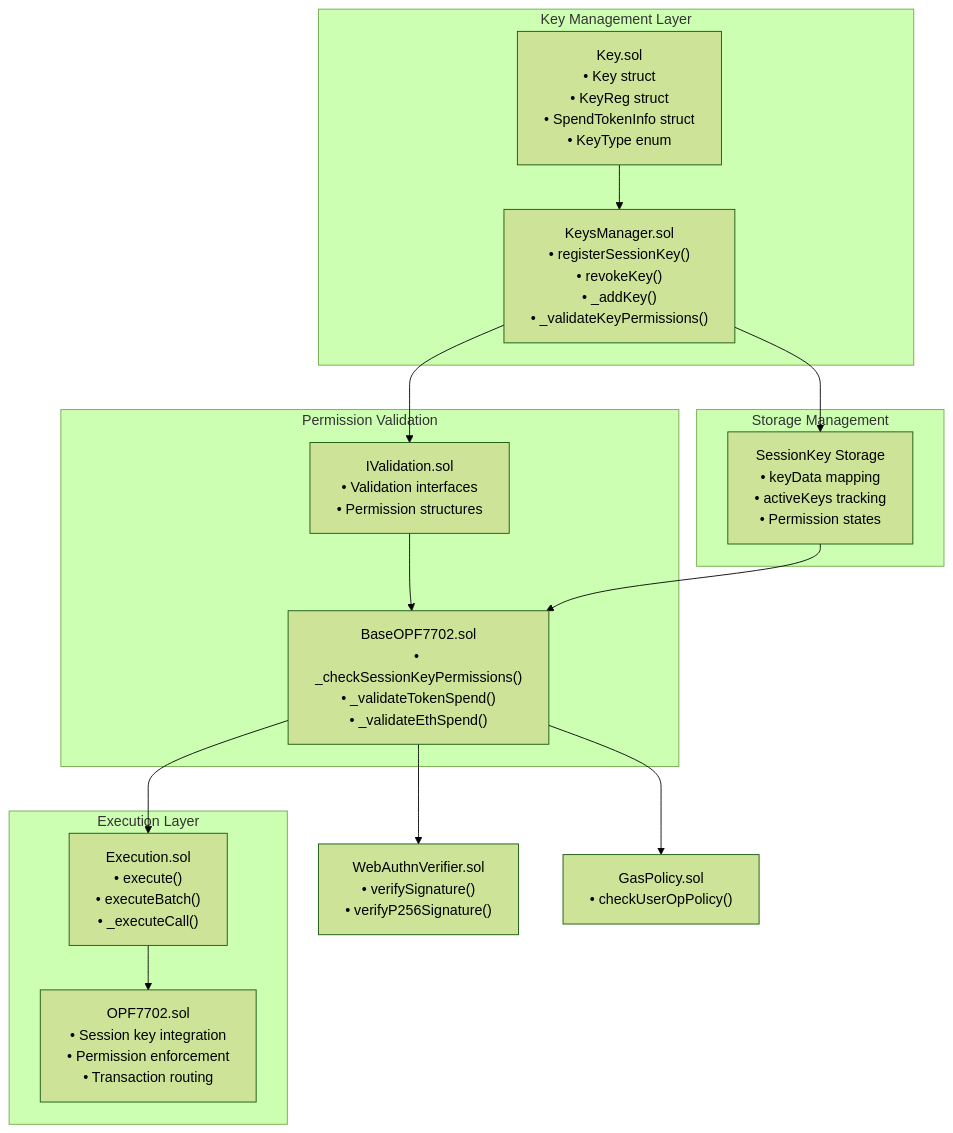
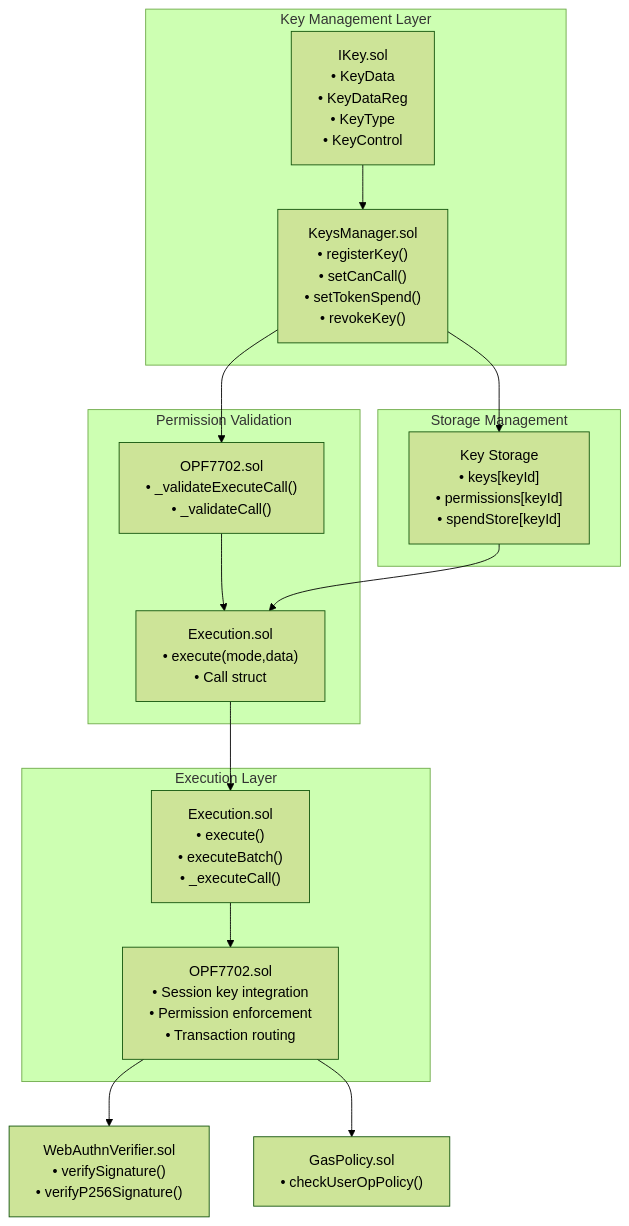
Before and after one commit to openfort-xyz/openfort-7702-account: the first of 7 diagrams in docs/SessionKeys.md, drawn with Mermaid (forest theme). The commit also changed other lines of this file and 1 other file, not shown here.

Commit message:
(docs) Session Keys and Recovery

````diff
--- a/docs/SessionKeys.md
+++ b/docs/SessionKeys.md
@@ -22,39 +22,38 @@
 ```mermaid
 flowchart TD
     subgraph "Key Management Layer"
-        KeyStructures["Key.sol<br/>• Key struct<br/>• KeyReg struct<br/>• SpendTokenInfo struct<br/>• KeyType enum"]
-        KeysManager["KeysManager.sol<br/>• registerSessionKey()<br/>• revokeKey()<br/>• _addKey()<br/>• _validateKeyPermissions()"]
+        KeyStructures["IKey.sol<br/>• KeyData<br/>• KeyDataReg<br/>• KeyType<br/>• KeyControl"]
+        KeysManager["KeysManager.sol<br/>• registerKey()<br/>• setCanCall()<br/>• setTokenSpend()<br/>• revokeKey()"]
     end
     
     subgraph "Permission Validation"
-        ValidationCore["IValidation.sol<br/>• Validation interfaces<br/>• Permission structures"]
-        PermissionChecks["BaseOPF7702.sol<br/>• _checkSessionKeyPermissions()<br/>• _validateTokenSpend()<br/>• _validateEthSpend()"]
+        ValidationCore["OPF7702.sol<br/>• _validateExecuteCall()<br/>• _validateCall()"]
+        PermissionChecks["Execution.sol<br/>• execute(mode,data)<br/>• Call struct"]
     end
     
     subgraph "Storage Management"
-        SessionKeyData["SessionKey Storage<br/>• keyData mapping<br/>• activeKeys tracking<br/>• Permission states"]
+        SessionKeyData["Key Storage<br/>• keys[keyId]<br/>• permissions[keyId]<br/>• spendStore[keyId]"]
     end
     
     subgraph "Execution Layer"
         ExecutionEngine["Execution.sol<br/>• execute()<br/>• executeBatch()<br/>• _executeCall()"]
         MainAccount["OPF7702.sol<br/>• Session key integration<br/>• Permission enforcement<br/>• Transaction routing"]
     end
 
     %% Separate components
     WebAuthnVerifier["WebAuthnVerifier.sol<br/>• verifySignature()<br/>• verifyP256Signature()"]
     GasPolicy["GasPolicy.sol<br/>• checkUserOpPolicy()"]
 
     %% Flow connections
     KeyStructures --> KeysManager
     KeysManager --> ValidationCore
     KeysManager --> SessionKeyData
     
     ValidationCore --> PermissionChecks
     SessionKeyData --> PermissionChecks
     
-    PermissionChecks --> WebAuthnVerifier
-    PermissionChecks --> GasPolicy
     PermissionChecks --> ExecutionEngine
-    
     ExecutionEngine --> MainAccount
+    MainAccount --> WebAuthnVerifier
+    MainAccount --> GasPolicy
 ```
````
